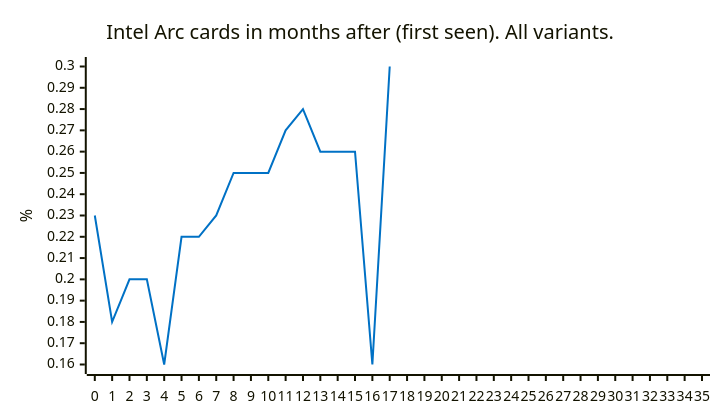
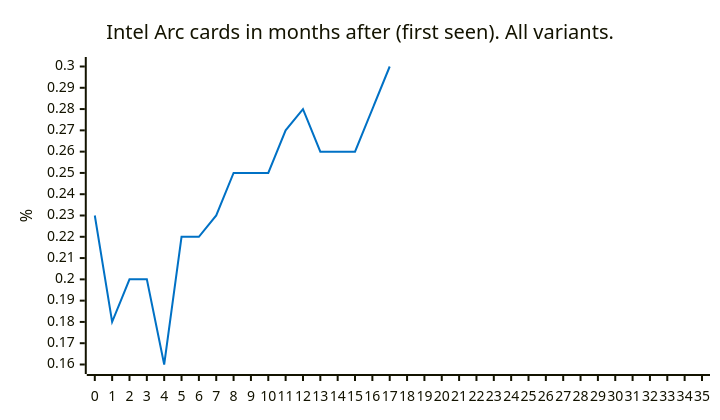
One commit to jdegene/steamHWsurvey changed diagram 11 of 31 in README.md. Above: the diagram before and after it, drawn with Mermaid. The commit also changed other lines of this file and 1 other file, not shown here.

Commit message:
manual Arc override for Feb 2026

````diff
--- a/README.md
+++ b/README.md
@@ -378,20 +378,20 @@
 ```mermaid
 ---
 config:
     xyChart:
         width: 700
         height: 400
         
     themeVariables:
         xyChart:
             plotColorPalette: "#0071C5"
 
 --- 
 
 
 xychart-beta
     title "Intel Arc cards in months after (first seen). All variants."
     x-axis[0, 1, 2, 3, 4, 5, 6, 7, 8, 9, 10, 11, 12, 13, 14, 15, 16, 17, 18, 19, 20, 21, 22, 23, 24, 25, 26, 27, 28, 29, 30, 31, 32, 33, 34, 35]
     y-axis "%" 
-    line [0.22999999999999998, 0.18, 0.2, 0.2, 0.16, 0.22, 0.22, 0.22999999999999998, 0.25, 0.25, 0.25, 0.27, 0.27999999999999997, 0.26, 0.26, 0.26, 0.16, 0.3]
+    line [0.22999999999999998, 0.18, 0.2, 0.2, 0.16, 0.22, 0.22, 0.22999999999999998, 0.25, 0.25, 0.25, 0.27, 0.27999999999999997, 0.26, 0.26, 0.26, 0.27999999999999997, 0.3]
 ``` 
````
